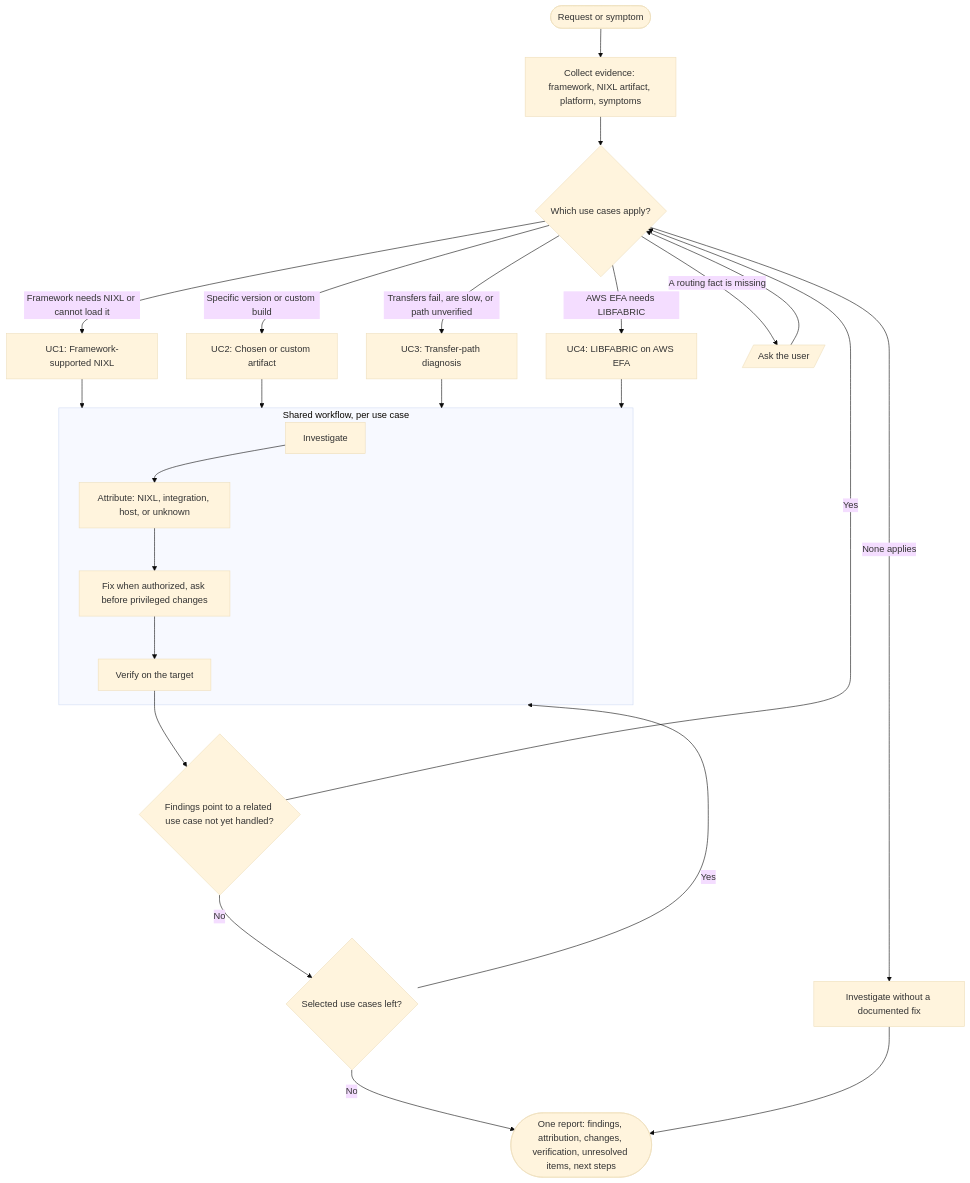
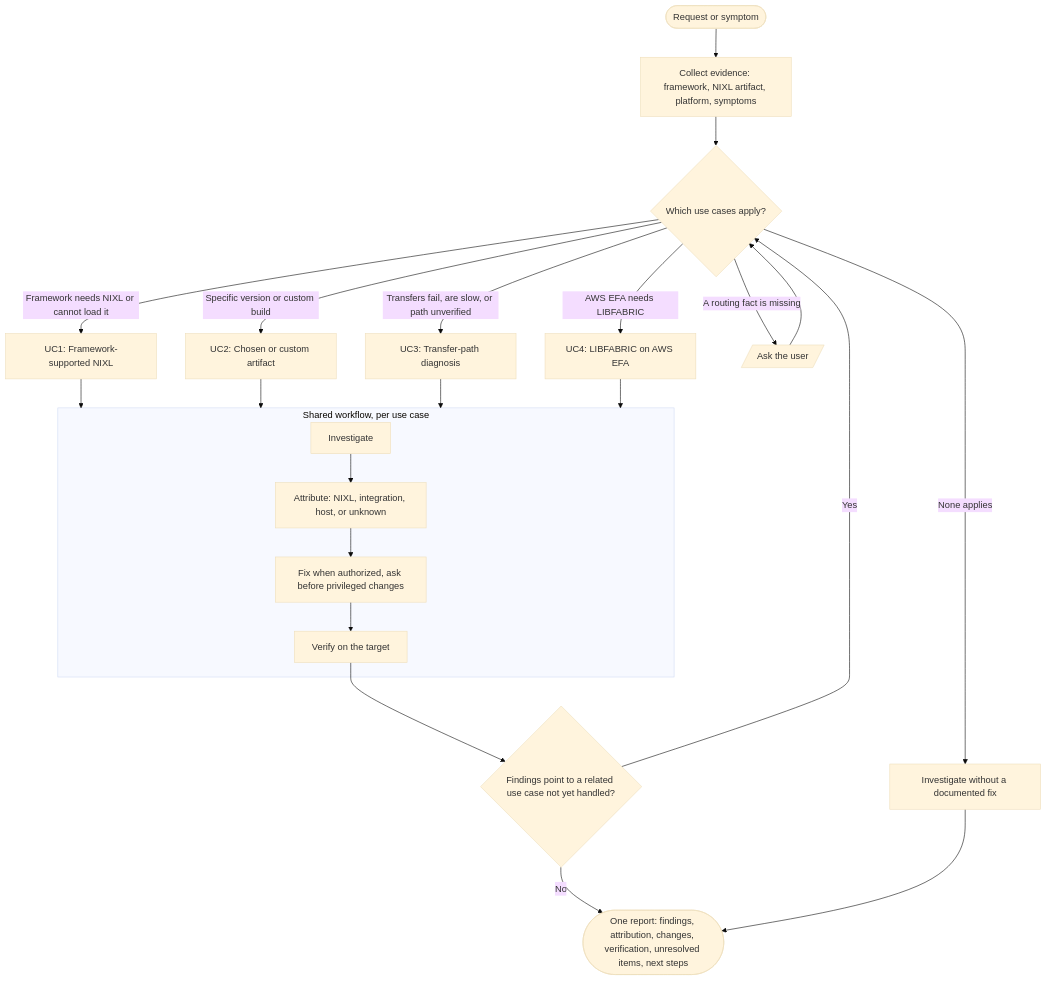
One commit to aglick-spec/nixl changed the diagram in .agents/skills/nixl-install/SKILL.md. Above: the diagram before and after it, drawn with Mermaid (base theme). The commit also changed other lines of this file and 2 other files, not shown here.

First line of the commit message:
skills(nixl-install): add UC1 framework-supported NIXL cases and fixes

````diff
--- a/.agents/skills/nixl-install/SKILL.md
+++ b/.agents/skills/nixl-install/SKILL.md
@@ -59,27 +61,25 @@
 ```mermaid
 flowchart TD
     start([Request or symptom]) --> evidence[Collect evidence: framework, NIXL artifact, platform, symptoms]
     evidence --> route{Which use cases apply?}
     route -->|Framework needs NIXL or cannot load it| uc1[UC1: Framework-supported NIXL]
     route -->|Specific version or custom build| uc2[UC2: Chosen or custom artifact]
     route -->|Transfers fail, are slow, or path unverified| uc3[UC3: Transfer-path diagnosis]
     route -->|AWS EFA needs LIBFABRIC| uc4[UC4: LIBFABRIC on AWS EFA]
     route -->|A routing fact is missing| ask[/Ask the user/]
     ask --> route
     route -->|None applies| generic[Investigate without a documented fix]
     uc1 --> work
     uc2 --> work
     uc3 --> work
     uc4 --> work
     subgraph work [Shared workflow, per use case]
         investigate[Investigate] --> attribute[Attribute: NIXL, integration, host, or unknown]
         attribute --> fix[Fix when authorized, ask before privileged changes]
         fix --> verify[Verify on the target]
     end
     verify --> related{Findings point to a related use case not yet handled?}
     related -->|Yes| route
-    related -->|No| remaining{Selected use cases left?}
-    remaining -->|Yes| work
-    remaining -->|No| report([One report: findings, attribution, changes, verification, unresolved items, next steps])
+    related -->|No| report([One report: findings, attribution, changes, verification, unresolved items, next steps])
     generic --> report
 ```
````
